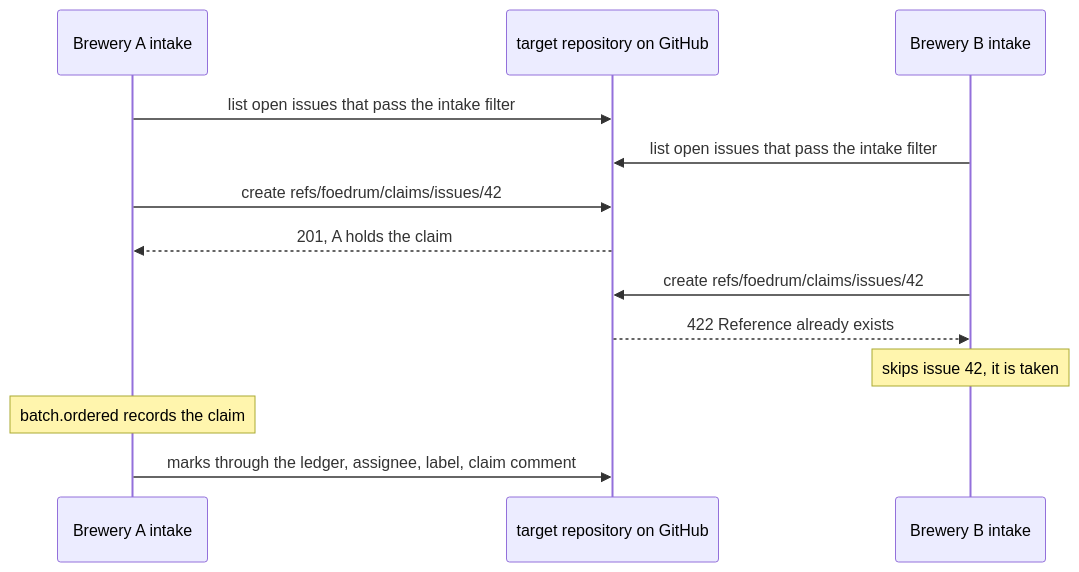
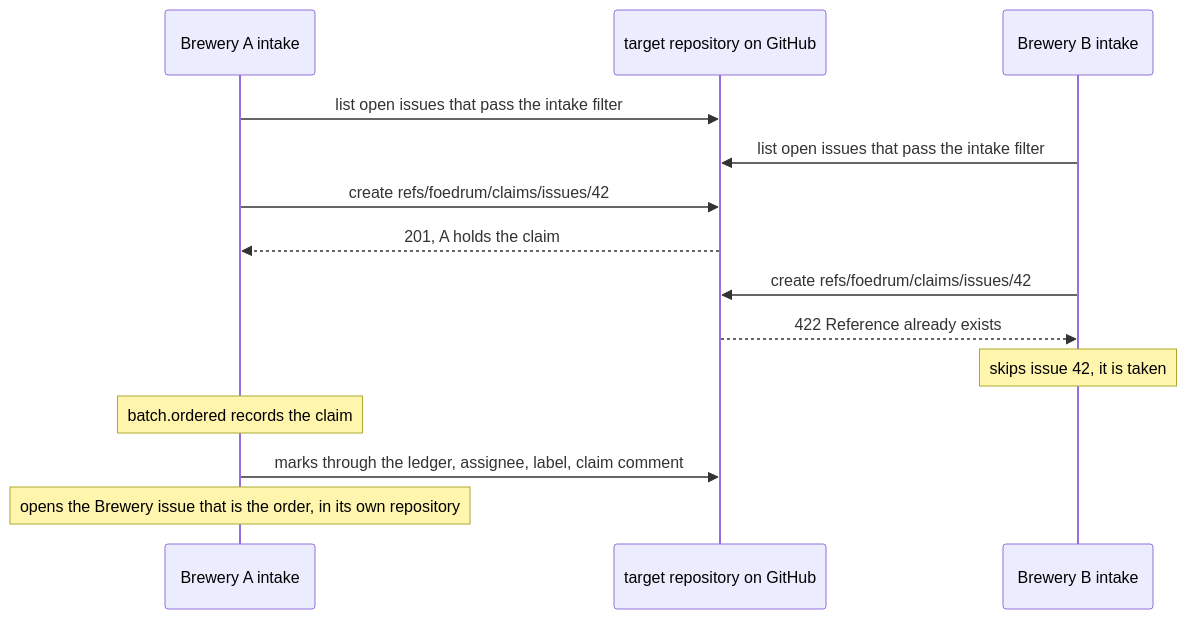
One commit to EdwinBekaert/foedrum changed the diagram in docs/design/intake/target-issues.md. Above: the diagram before and after it, drawn with Mermaid. The commit also changed other lines of this file and 2 other files, not shown here.

Commit message:
Record that a claimed target issue gets a Brewery issue that is its order (ADR 0144)

````diff
--- a/docs/design/intake/target-issues.md
+++ b/docs/design/intake/target-issues.md
@@ -6,15 +6,16 @@
 ```mermaid
 sequenceDiagram
   participant A as Brewery A intake
   participant G as target repository on GitHub
   participant B as Brewery B intake
   A->>G: list open issues that pass the intake filter
   B->>G: list open issues that pass the intake filter
   A->>G: create refs/foedrum/claims/issues/42
   G-->>A: 201, A holds the claim
   B->>G: create refs/foedrum/claims/issues/42
   G-->>B: 422 Reference already exists
   Note over B: skips issue 42, it is taken
   Note over A: batch.ordered records the claim
   A->>G: marks through the ledger, assignee, label, claim comment
+  Note over A: opens the Brewery issue that is the order, in its own repository
 ```
````
